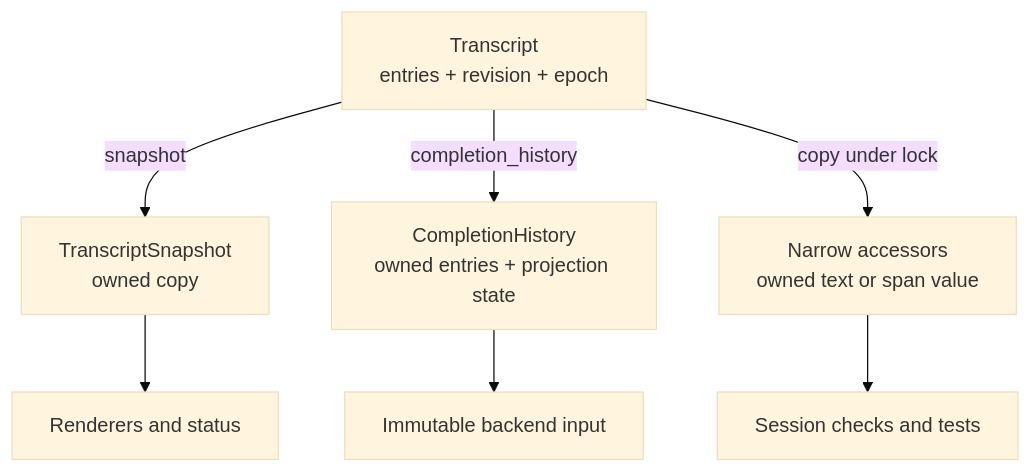
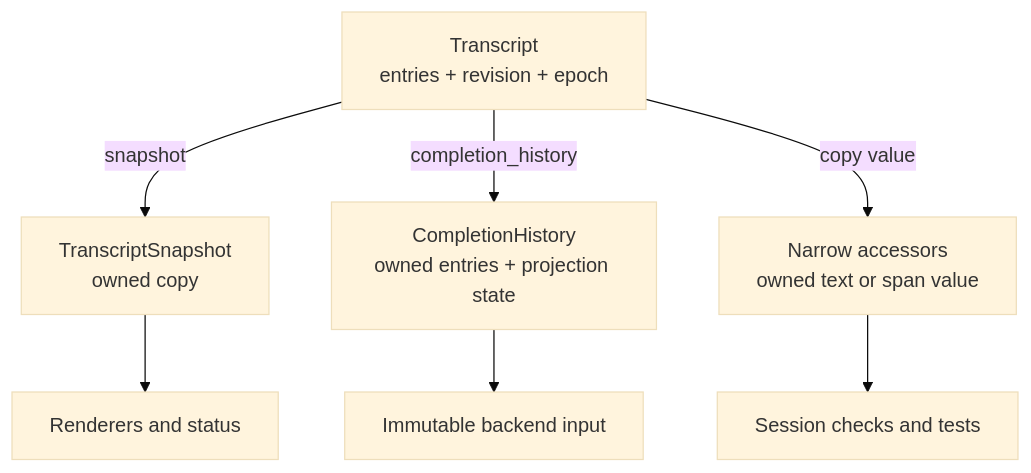
One commit to michaelpopov/cha changed the third of 3 diagrams in src/transcript/README.md. Above: the diagram before and after it, drawn with Mermaid (base theme). The commit also changed other lines of this file and 19 other files, not shown here.

````diff
--- a/src/transcript/README.md
+++ b/src/transcript/README.md
@@ -138,14 +141,14 @@
 ```mermaid
 flowchart TD
     C["Transcript<br/>entries + revision + epoch"]
     S["TranscriptSnapshot<br/>owned copy"]
     H["CompletionHistory<br/>owned entries + projection state"]
     N["Narrow accessors<br/>owned text or span value"]
     R["Renderers and status"]
     B["Immutable backend input"]
     T["Session checks and tests"]
 
     C -->|"snapshot"| S --> R
     C -->|"completion_history"| H --> B
-    C -->|"copy under lock"| N --> T
+    C -->|"copy value"| N --> T
 ```
````
